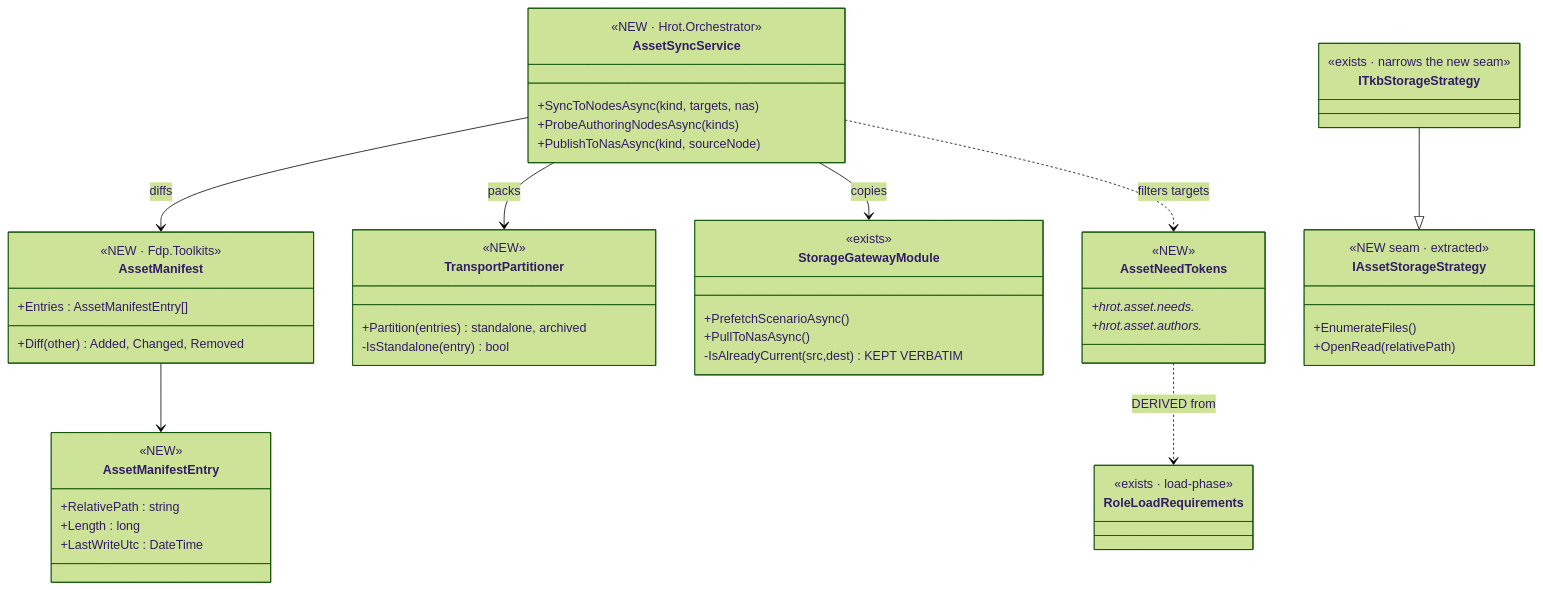
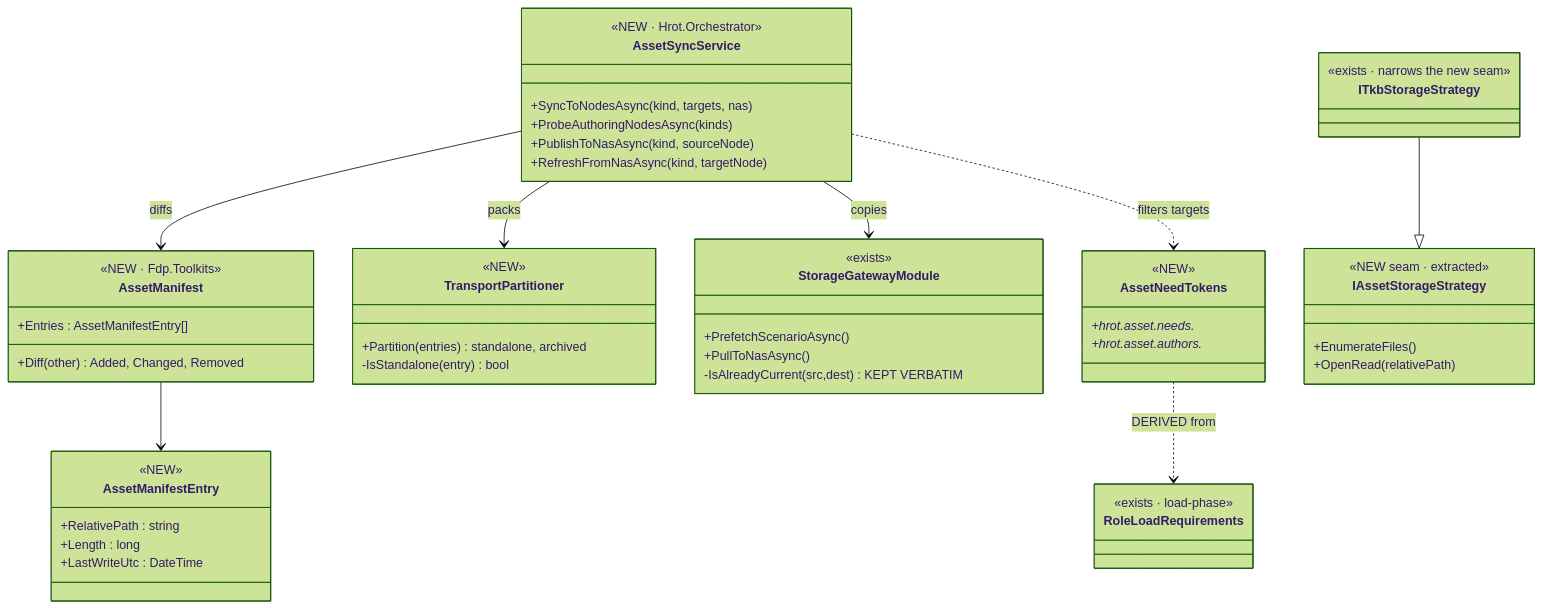
Before and after one commit to pjanec/HROT: the first of 4 diagrams in docs/DESIGN_Asset_Management.md, drawn with Mermaid (forest theme). The commit also changed other lines of this file and 3 other files, not shown here.

````diff
--- a/docs/DESIGN_Asset_Management.md
+++ b/docs/DESIGN_Asset_Management.md
@@ -100,54 +101,55 @@
 ```mermaid
 classDiagram
     class AssetSyncService {
         <<NEW · Hrot.Orchestrator>>
         +SyncToNodesAsync(kind, targets, nas)
         +ProbeAuthoringNodesAsync(kinds)
         +PublishToNasAsync(kind, sourceNode)
+        +RefreshFromNasAsync(kind, targetNode)
     }
     class AssetManifest {
         <<NEW · Fdp.Toolkits>>
         +Entries : AssetManifestEntry[]
         +Diff(other) Added, Changed, Removed
     }
     class AssetManifestEntry {
         <<NEW>>
         +RelativePath : string
         +Length : long
         +LastWriteUtc : DateTime
     }
     class TransportPartitioner {
         <<NEW>>
         +Partition(entries) standalone, archived
         -IsStandalone(entry) bool
     }
     class StorageGatewayModule {
         <<exists>>
         +PrefetchScenarioAsync()
         +PullToNasAsync()
         -IsAlreadyCurrent(src,dest) KEPT VERBATIM
     }
     class IAssetStorageStrategy {
         <<NEW seam · extracted>>
         +EnumerateFiles()
         +OpenRead(relativePath)
     }
     class ITkbStorageStrategy {
         <<exists · narrows the new seam>>
     }
     class RoleLoadRequirements {
         <<exists · load-phase>>
     }
     class AssetNeedTokens {
         <<NEW>>
         +hrot.asset.needs.*
         +hrot.asset.authors.*
     }
     AssetSyncService --> AssetManifest : diffs
     AssetSyncService --> TransportPartitioner : packs
     AssetSyncService --> StorageGatewayModule : copies
     AssetManifest --> AssetManifestEntry
     ITkbStorageStrategy --|> IAssetStorageStrategy
     AssetNeedTokens ..> RoleLoadRequirements : DERIVED from
     AssetSyncService ..> AssetNeedTokens : filters targets
 ```
````
